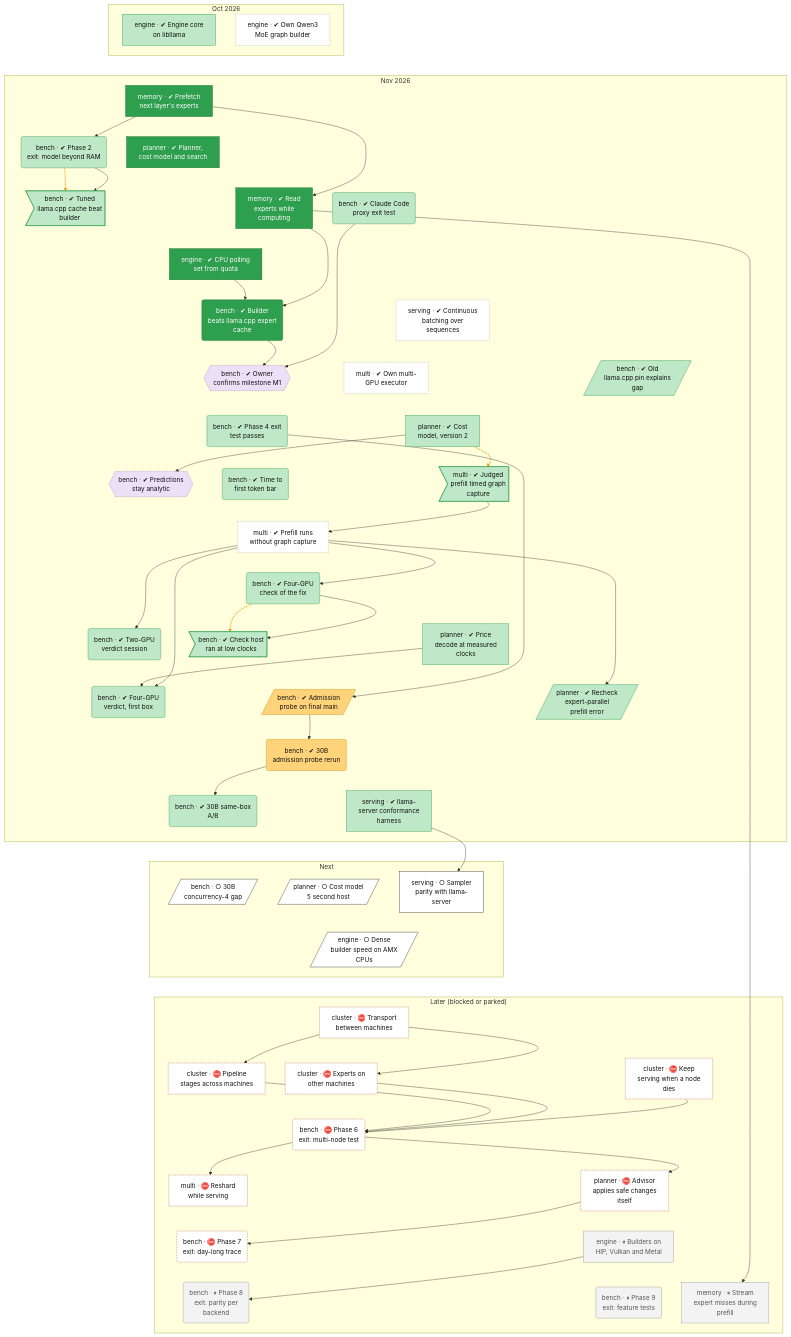
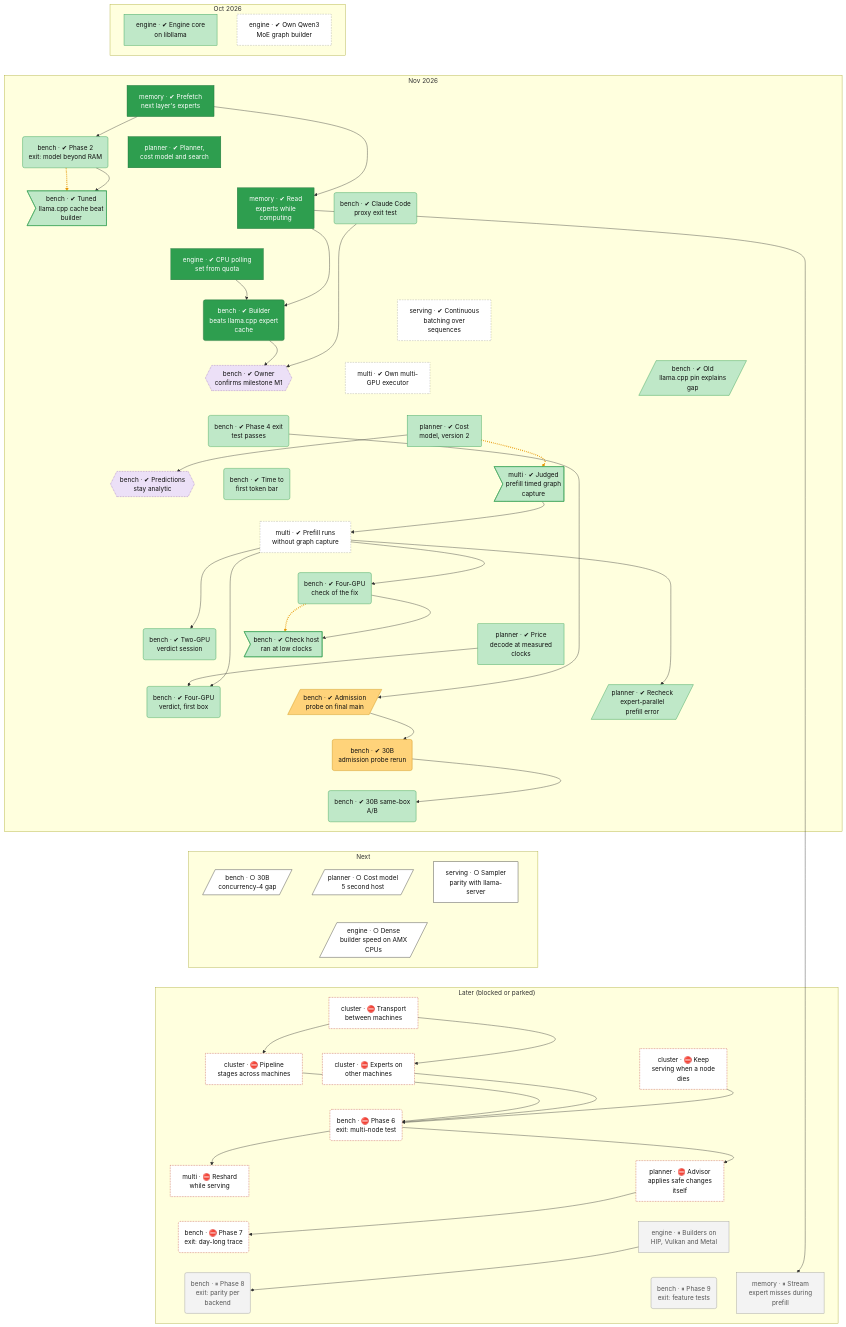
The second of 2 diagrams in docs/roadmap.md (lhns/tetraeder), drawn with Mermaid before and after one commit. The commit also changed other lines of this file and 3 other files, not shown here.

Commit message:
Tree: multi-accept-adr-0081 done (ADR 0081 accepted 2026-11-22 with the M2 decisions); serving-parity-harness off the overview (46 to 45) (not measured)

```diff
--- a/docs/roadmap.md
+++ b/docs/roadmap.md
@@ -133,7 +133,6 @@
         planner_ep_prefill_recheck[/"planner · ✔ Recheck<br/>expert-parallel<br/>prefill error"/]
         bench_d2a_30b("bench · ✔ 30B<br/>admission probe rerun")
         bench_ab30b("bench · ✔ 30B same-box<br/>A/B")
-        serving_parity_harness["serving · ✔ llama-<br/>server conformance<br/>harness"]
     end
     subgraph bd_2["Next"]
         bench_30b_c4_gap[/"bench · ○ 30B<br/>concurrency-4 gap"/]
@@ -190,10 +189,9 @@
     bench_v4a_verdict ~~~ bench_d2a_30b
     planner_ep_prefill_recheck ~~~ bench_d2a_30b
     bench_d2a_30b ~~~ bench_ab30b
-    bench_d2a_30b ~~~ serving_parity_harness
     bench_ab30b ~~~ bench_30b_c4_gap
-    serving_parity_harness ~~~ planner_cost_model_v5_host2
-    serving_parity_harness ~~~ serving_parity_sampling
+    bench_ab30b ~~~ planner_cost_model_v5_host2
+    bench_ab30b ~~~ serving_parity_sampling
     bench_30b_c4_gap ~~~ engine_dense_amx
     planner_cost_model_v5_host2 ~~~ engine_dense_amx
     serving_parity_sampling ~~~ engine_dense_amx
@@ -232,7 +230,6 @@
     multi_prefill_no_capture --> planner_ep_prefill_recheck
     bench_d2a_probe --> bench_d2a_30b
     bench_d2a_30b --> bench_ab30b
-    serving_parity_harness --> serving_parity_sampling
     cluster_transport --> cluster_pipeline_nodes
     cluster_transport --> cluster_experts_nodes
     cluster_pipeline_nodes --> bench_phase6_exit
@@ -243,7 +240,7 @@
     planner_advisor_auto --> bench_phase7_exit
     engine_backend_parity --> bench_phase8_exit
     memory_io_service --> memory_prefill_misses
-    linkStyle 57,64,68 stroke:#e69500,stroke-width:3px,stroke-dasharray:2 3
+    linkStyle 56,63,67 stroke:#e69500,stroke-width:3px,stroke-dasharray:2 3
     classDef vsucc fill:#2e9e4f,stroke:#1b6b34,color:#fff
     classDef succ fill:#bfe8c8,stroke:#2e9e4f,color:#111
     classDef mixed fill:#ffd37a,stroke:#c98a00,color:#111
@@ -259,7 +256,7 @@
     classDef finding fill:#ffe0b2,stroke:#d84315,stroke-width:2px,color:#111
     classDef waiting fill:#e3f2fd,stroke:#1f6fc5,stroke-dasharray:5 5,color:#111
     class multi_prefill_no_capture,engine_moe_builder,multi_executor,serving_batching unrated
-    class engine_libllama,planner_cost_v2,multi_defect_capture,bench_phase2_exit,bench_defect_tuned_cache,bench_phase3b_proxy,bench_pin_ab,bench_phase4_exit,bench_ttft,bench_s3f2,bench_defect_s3f2_clock,bench_v2_verdict,planner_cost_model_v5,bench_v4a_verdict,bench_ab30b,serving_parity_harness,planner_ep_prefill_recheck succ
+    class engine_libllama,planner_cost_v2,multi_defect_capture,bench_phase2_exit,bench_defect_tuned_cache,bench_phase3b_proxy,bench_pin_ab,bench_phase4_exit,bench_ttft,bench_s3f2,bench_defect_s3f2_clock,bench_v2_verdict,planner_cost_model_v5,bench_v4a_verdict,bench_ab30b,planner_ep_prefill_recheck succ
     class engine_cpu_poll,memory_prefetch,memory_io_service,planner_core,bench_m1_point1 vsucc
     class bench_owner_m1,bench_owner_analytic decided
     class bench_d2a_probe,bench_d2a_30b mixed
```
